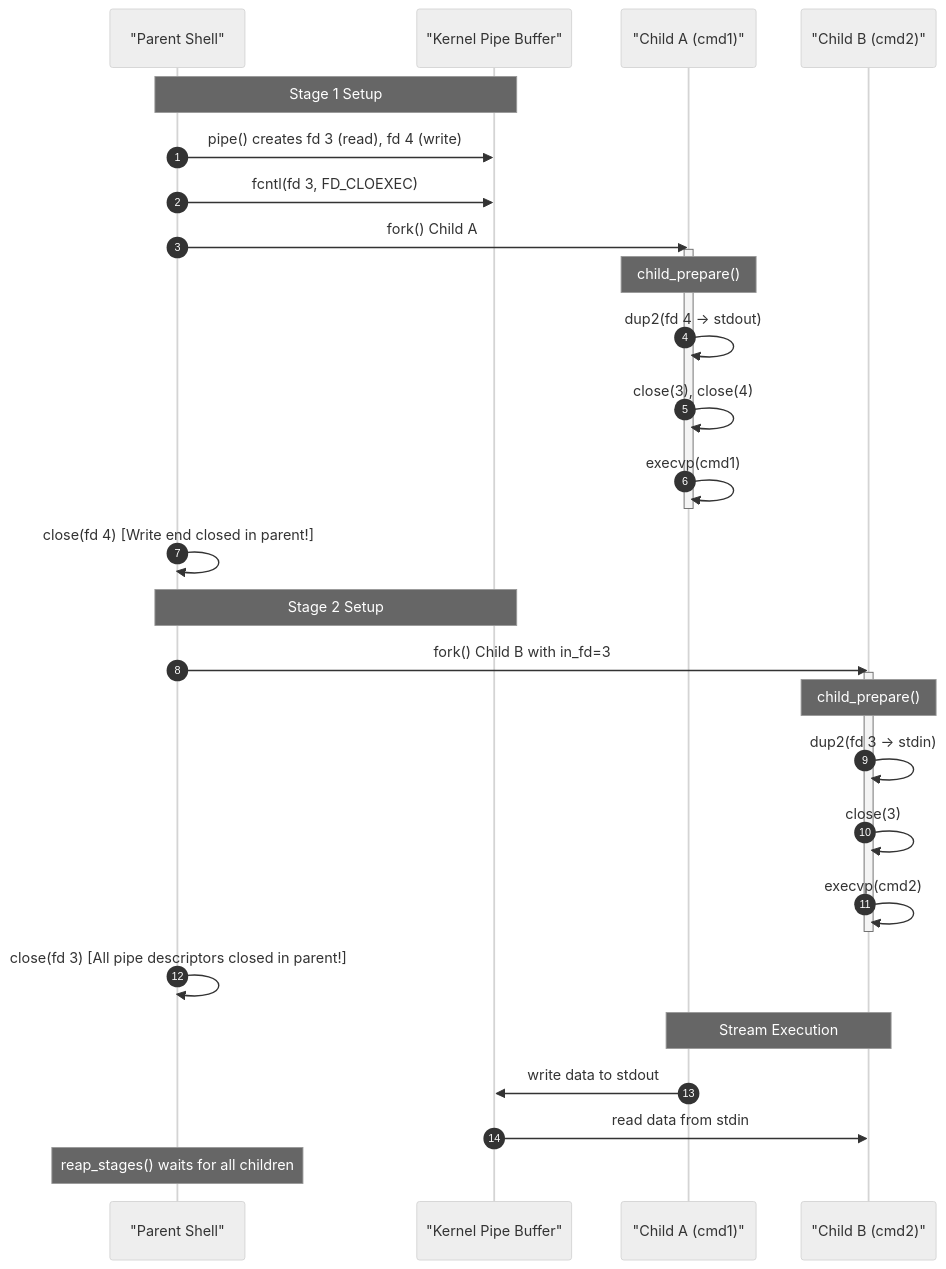
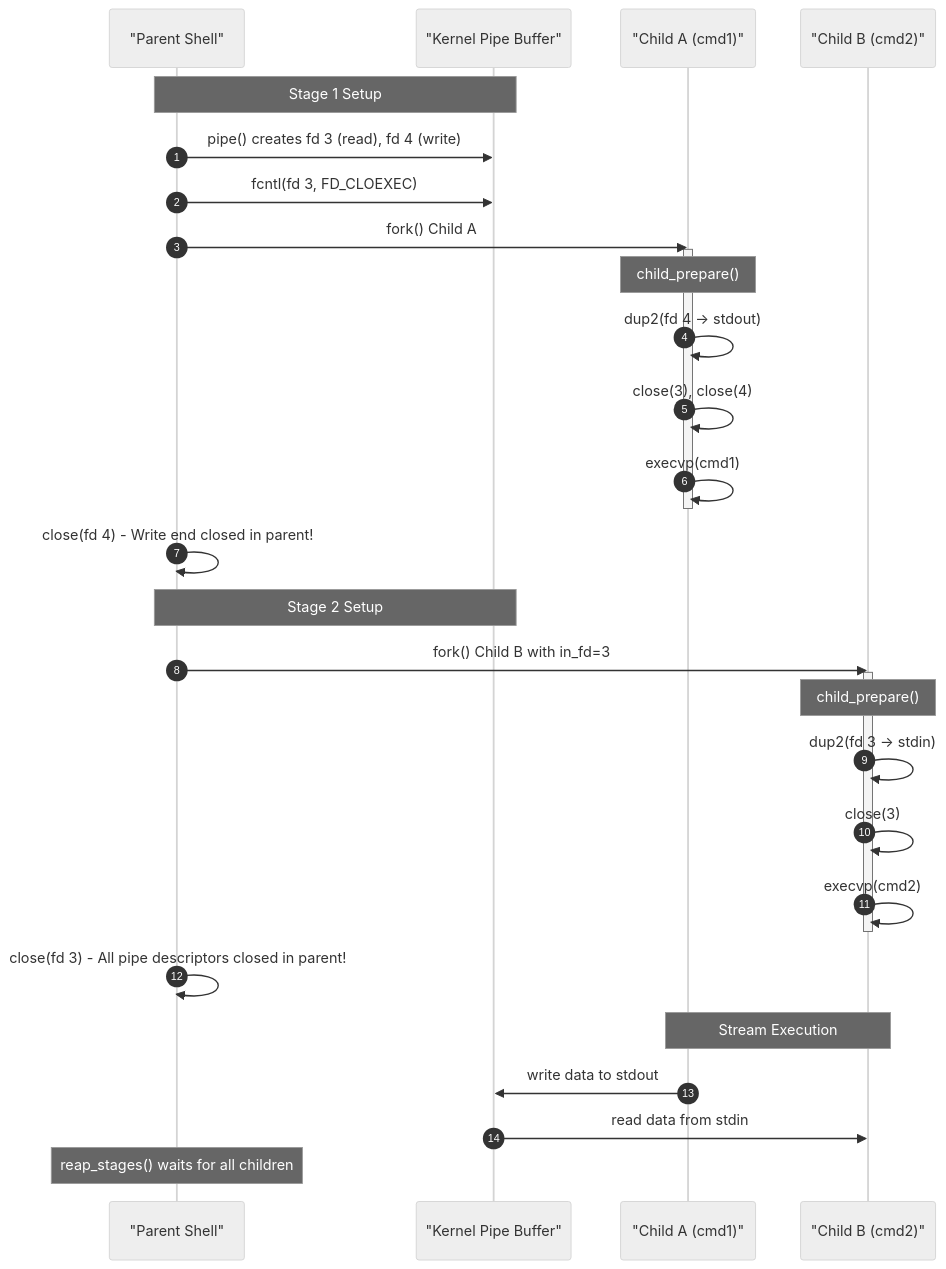
Before and after one commit to Masih-Ghasri/latv-sh: the second of 3 diagrams in README.md, drawn with Mermaid (neutral theme). The commit also changed other lines of this file, not shown here.

Commit message:
fix(docs): quote Mermaid edge labels containing parentheses

````diff
--- a/README.md
+++ b/README.md
@@ -85,35 +85,35 @@
 ```mermaid
 sequenceDiagram
     autonumber
     participant Parent as "Parent Shell"
     participant Pipe as "Kernel Pipe Buffer"
     participant ChildA as "Child A (cmd1)"
     participant ChildB as "Child B (cmd2)"
 
     Note over Parent,Pipe: Stage 1 Setup
     Parent->>Pipe: pipe() creates fd 3 (read), fd 4 (write)
     Parent->>Pipe: fcntl(fd 3, FD_CLOEXEC)
     Parent->>ChildA: fork() Child A
     activate ChildA
     Note over ChildA: child_prepare()
     ChildA->>ChildA: dup2(fd 4 -> stdout)
     ChildA->>ChildA: close(3), close(4)
     ChildA->>ChildA: execvp(cmd1)
     deactivate ChildA
-    Parent->>Parent: close(fd 4) [Write end closed in parent!]
+    Parent->>Parent: close(fd 4) - Write end closed in parent!
 
     Note over Parent,Pipe: Stage 2 Setup
     Parent->>ChildB: fork() Child B with in_fd=3
     activate ChildB
     Note over ChildB: child_prepare()
     ChildB->>ChildB: dup2(fd 3 -> stdin)
     ChildB->>ChildB: close(3)
     ChildB->>ChildB: execvp(cmd2)
     deactivate ChildB
-    Parent->>Parent: close(fd 3) [All pipe descriptors closed in parent!]
+    Parent->>Parent: close(fd 3) - All pipe descriptors closed in parent!
 
     Note over ChildA,ChildB: Stream Execution
     ChildA->>Pipe: write data to stdout
     Pipe->>ChildB: read data from stdin
     Note over Parent: reap_stages() waits for all children
 ```
````
